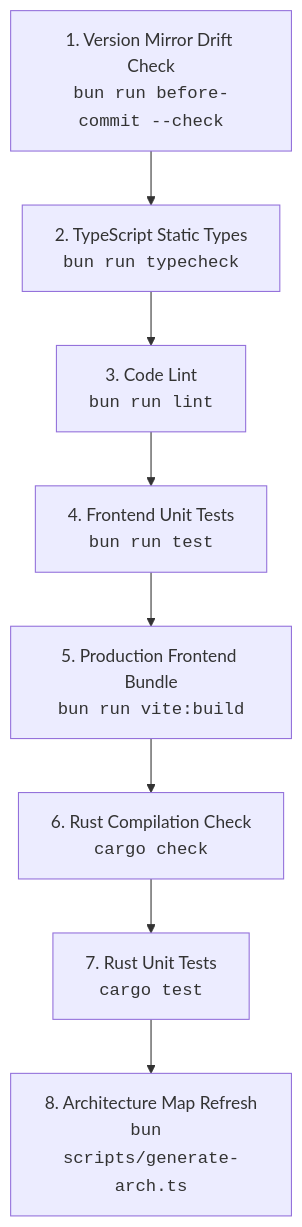
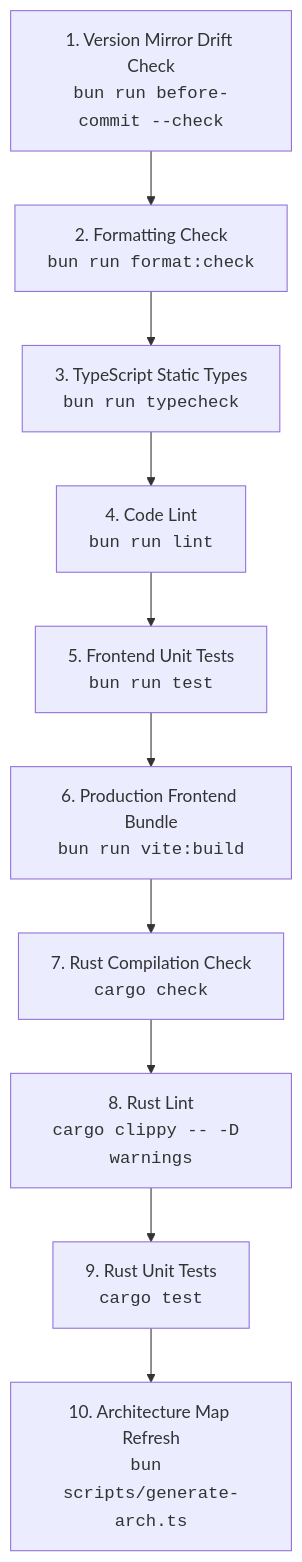
Before and after one commit to NairoDorian/Minimalistic_App: the diagram in TESTING.md, drawn with Mermaid. The commit also changed other lines of this file and 41 other files, not shown here.

````diff
--- a/TESTING.md
+++ b/TESTING.md
@@ -63,10 +65,12 @@
 ```mermaid
 graph TD
-    A["1. Version Mirror Drift Check<br><code>bun run before-commit --check</code>"] --> B["2. TypeScript Static Types<br><code>bun run typecheck</code>"]
-    B --> C["3. Code Lint<br><code>bun run lint</code>"]
-    C --> D["4. Frontend Unit Tests<br><code>bun run test</code>"]
-    D --> E["5. Production Frontend Bundle<br><code>bun run vite:build</code>"]
-    E --> F["6. Rust Compilation Check<br><code>cargo check</code>"]
-    F --> G["7. Rust Unit Tests<br><code>cargo test</code>"]
-    G --> H["8. Architecture Map Refresh<br><code>bun scripts/generate-arch.ts</code>"]
+    A["1. Version Mirror Drift Check<br><code>bun run before-commit --check</code>"] --> B["2. Formatting Check<br><code>bun run format:check</code>"]
+    B --> C["3. TypeScript Static Types<br><code>bun run typecheck</code>"]
+    C --> D["4. Code Lint<br><code>bun run lint</code>"]
+    D --> E["5. Frontend Unit Tests<br><code>bun run test</code>"]
+    E --> F["6. Production Frontend Bundle<br><code>bun run vite:build</code>"]
+    F --> G["7. Rust Compilation Check<br><code>cargo check</code>"]
+    G --> H["8. Rust Lint<br><code>cargo clippy -- -D warnings</code>"]
+    H --> I["9. Rust Unit Tests<br><code>cargo test</code>"]
+    I --> J["10. Architecture Map Refresh<br><code>bun scripts/generate-arch.ts</code>"]
 ```
````
